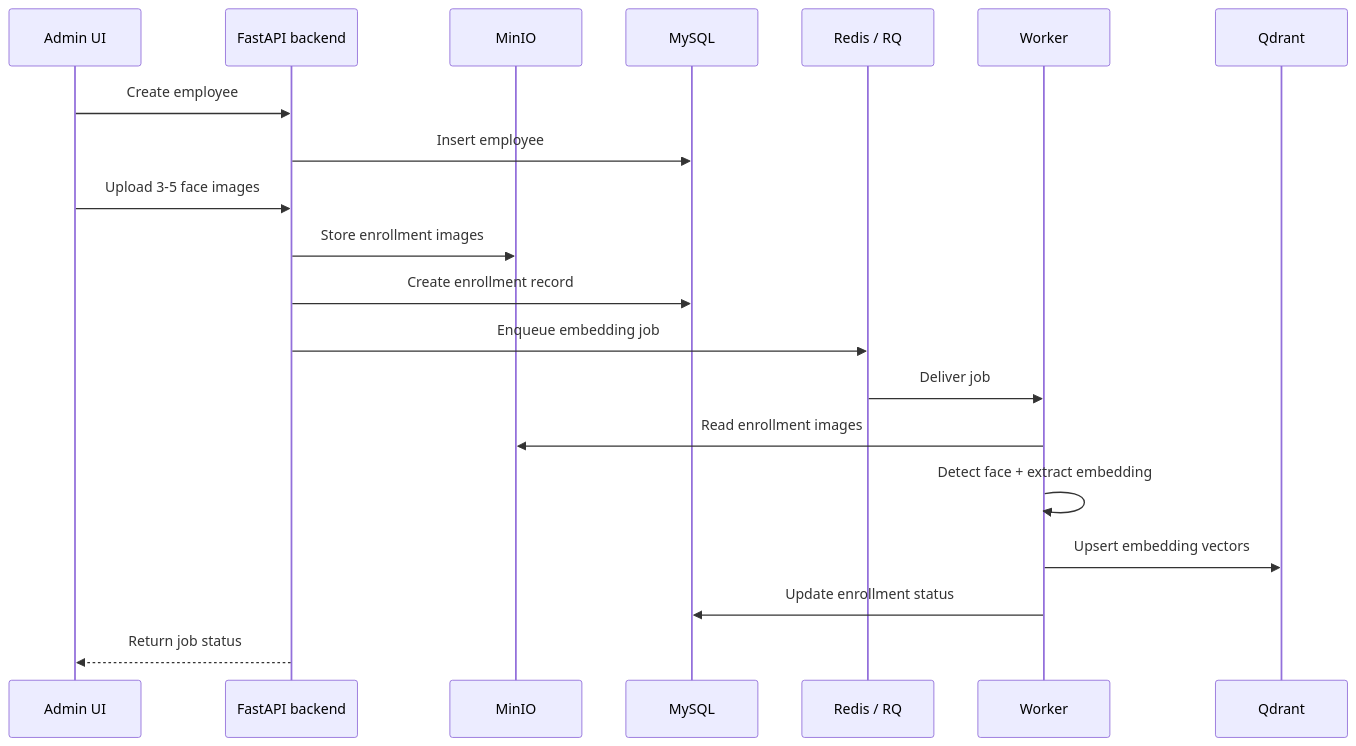
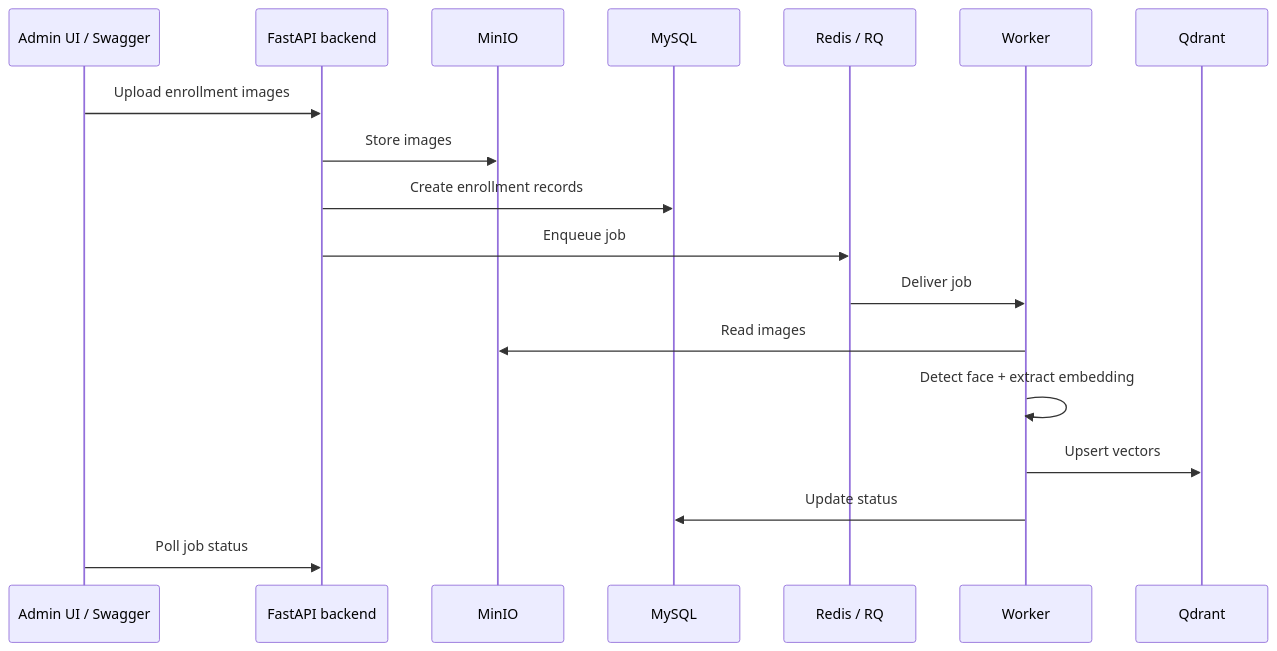
Before and after one commit to nguyenthanhlam2812/BTL_2526II_AIT3004_2-facial-recognition-system: the second of 5 diagrams in docs/diagrams.md, drawn with Mermaid. The commit also changed other lines of this file and 8 other files, not shown here.

````diff
--- a/docs/diagrams.md
+++ b/docs/diagrams.md
@@ -34,23 +36,21 @@
 ```mermaid
 sequenceDiagram
-    participant Admin as Admin UI
+    participant Admin as Admin UI / Swagger
     participant Backend as FastAPI backend
     participant MinIO as MinIO
     participant MySQL as MySQL
     participant Redis as Redis / RQ
     participant Worker as Worker
     participant Qdrant as Qdrant
 
-    Admin->>Backend: Create employee
-    Backend->>MySQL: Insert employee
-    Admin->>Backend: Upload 3-5 face images
-    Backend->>MinIO: Store enrollment images
-    Backend->>MySQL: Create enrollment record
-    Backend->>Redis: Enqueue embedding job
+    Admin->>Backend: Upload enrollment images
+    Backend->>MinIO: Store images
+    Backend->>MySQL: Create enrollment records
+    Backend->>Redis: Enqueue job
     Redis->>Worker: Deliver job
-    Worker->>MinIO: Read enrollment images
+    Worker->>MinIO: Read images
     Worker->>Worker: Detect face + extract embedding
-    Worker->>Qdrant: Upsert embedding vectors
-    Worker->>MySQL: Update enrollment status
-    Backend-->>Admin: Return job status
+    Worker->>Qdrant: Upsert vectors
+    Worker->>MySQL: Update status
+    Admin->>Backend: Poll job status
 ```
````
